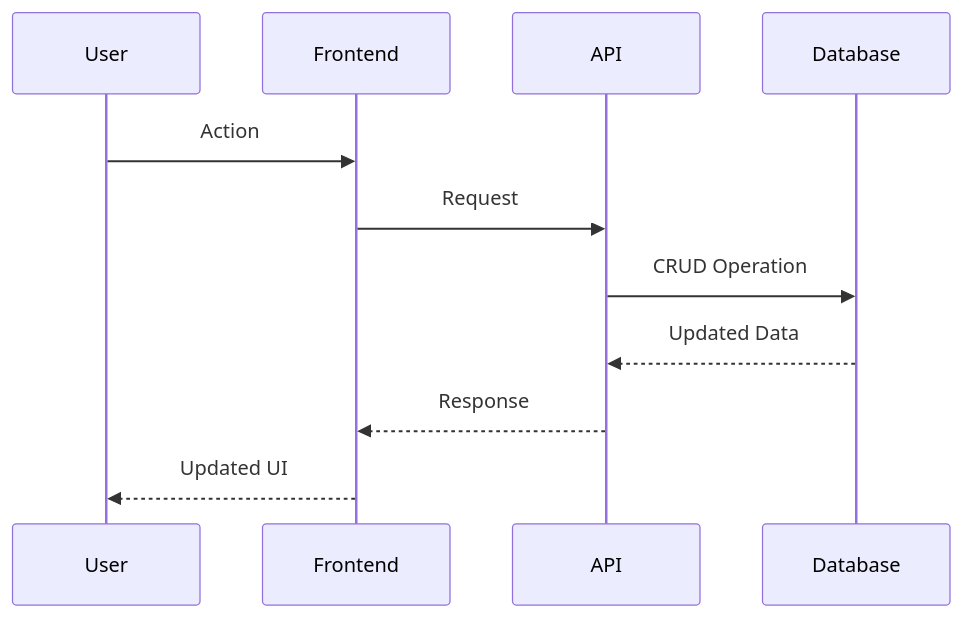
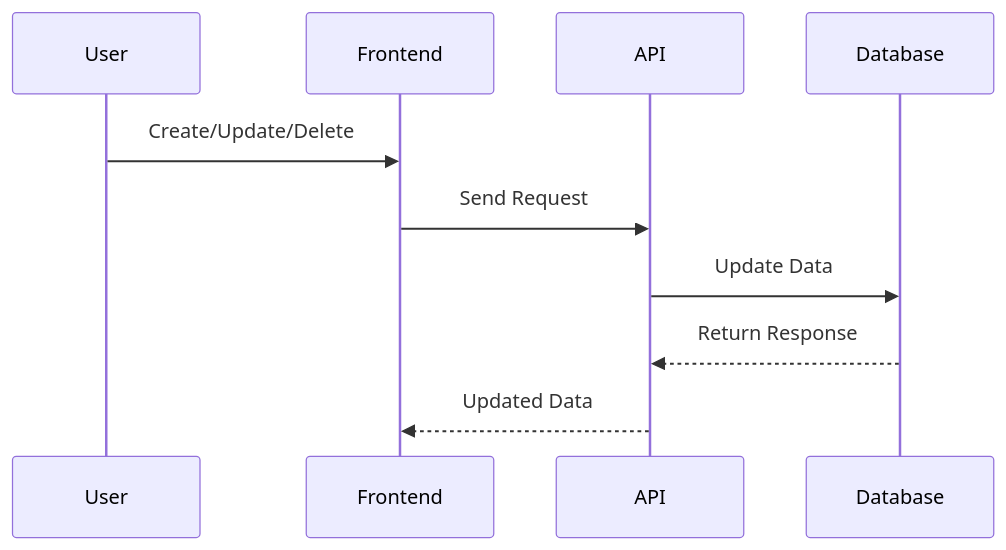
Before and after one commit to viveklanke007/Book_inventory_manager: the third of 4 diagrams in README.md, drawn with Mermaid. The commit also changed other lines of this file, not shown here.

````diff
--- a/README.md
+++ b/README.md
@@ -134,14 +96,13 @@
 ```mermaid
 sequenceDiagram
     participant User
     participant Frontend
     participant API
     participant Database
 
-    User->>Frontend: Action
-    Frontend->>API: Request
-    API->>Database: CRUD Operation
-    Database-->>API: Updated Data
-    API-->>Frontend: Response
-    Frontend-->>User: Updated UI
+    User->>Frontend: Create/Update/Delete
+    Frontend->>API: Send Request
+    API->>Database: Update Data
+    Database-->>API: Return Response
+    API-->>Frontend: Updated Data
 ```
````
